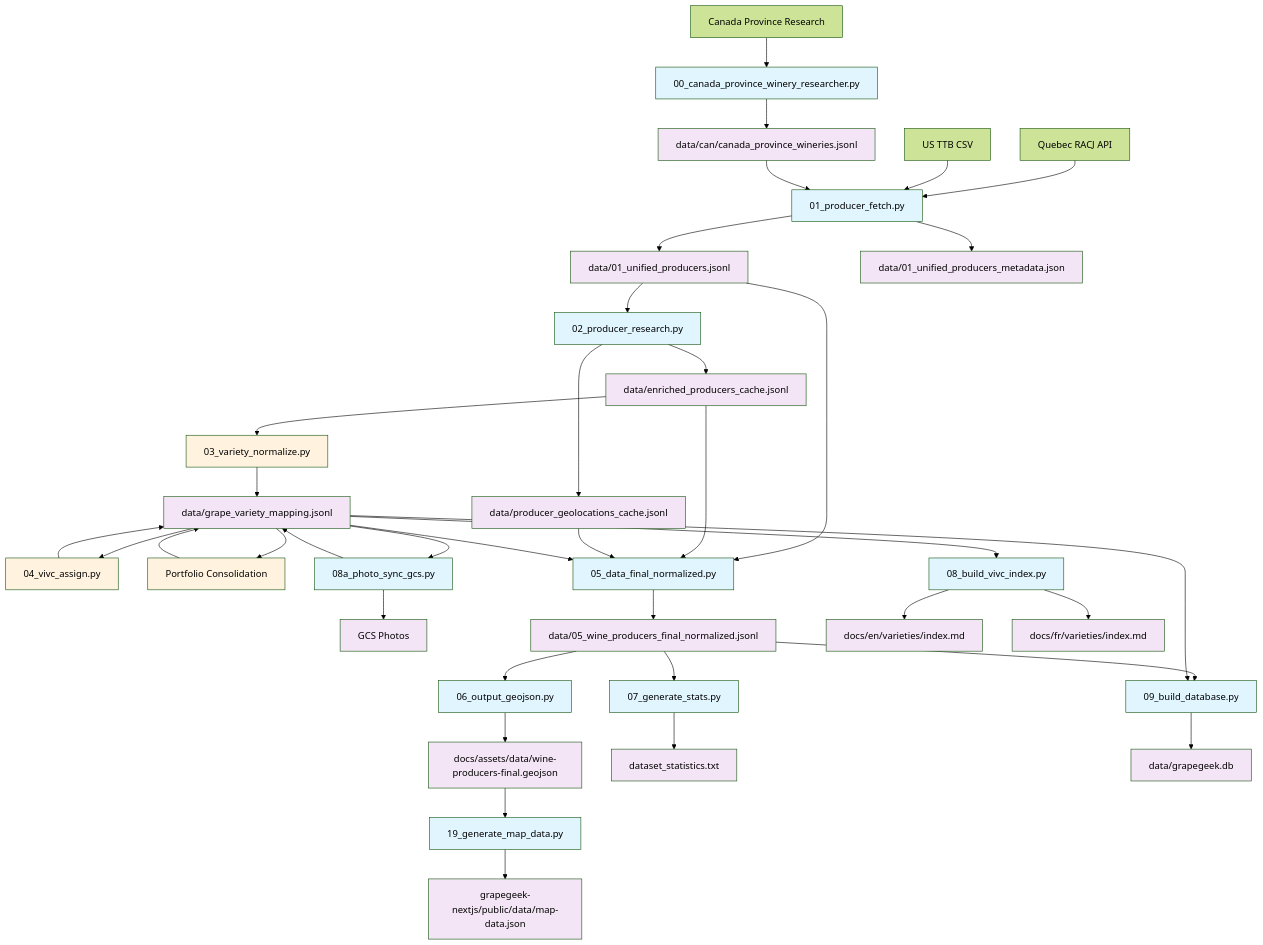
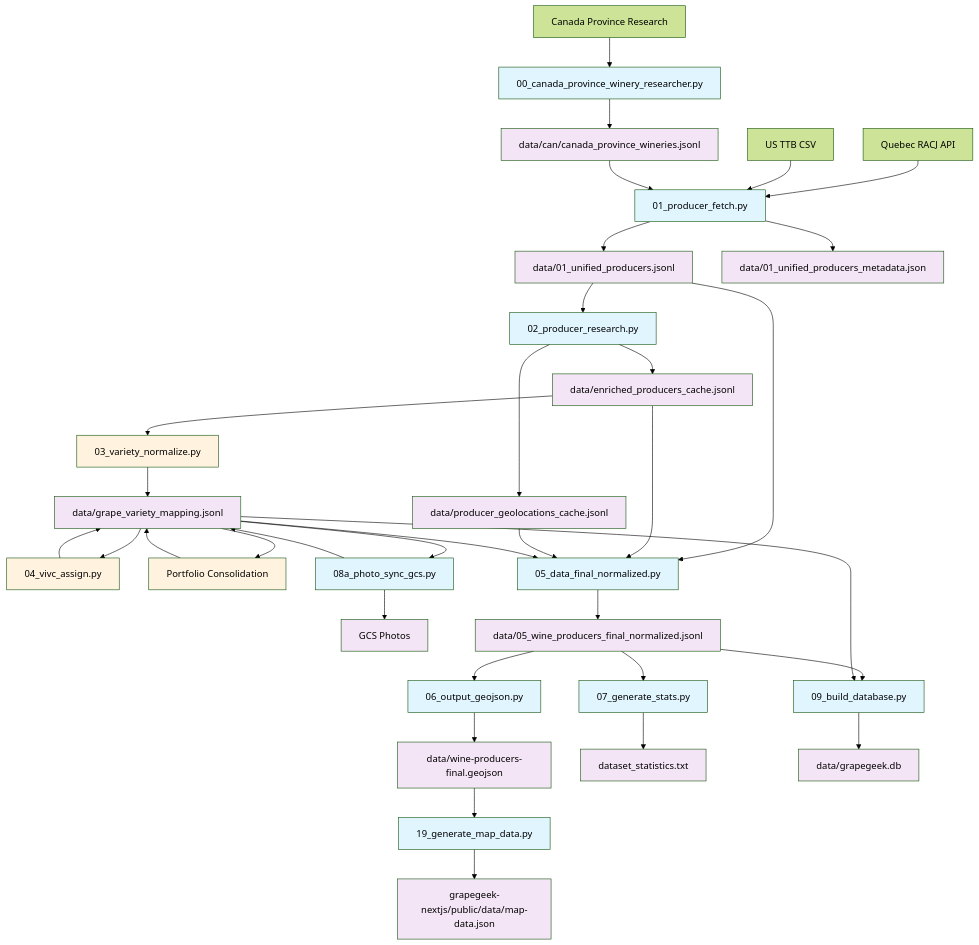
One commit to p-gag/grapegeek changed the diagram in src/README.md. Above: the diagram before and after it, drawn with Mermaid (forest theme). The commit also changed 97 other files, not shown here.

````diff
--- a/src/README.md
+++ b/src/README.md
@@ -16,72 +16,68 @@
 ```mermaid
 graph TD
     %% Data Sources
     A1[Quebec RACJ API] 
     A2[US TTB CSV]
     A3[Canada Province Research]
     
     %% Step 0: Data Collection
     A3 --> B0[00_canada_province_winery_researcher.py]
     B0 --> D1[data/can/canada_province_wineries.jsonl]
     
     %% Step 1: Unify Sources  
     A1 --> B1[01_producer_fetch.py]
     A2 --> B1
     D1 --> B1
     B1 --> D2[data/01_unified_producers.jsonl]
     B1 --> D2M[data/01_unified_producers_metadata.json]
     
     %% Step 2: Research & Enrichment
     D2 --> B2[02_producer_research.py]
     B2 --> D3A[data/enriched_producers_cache.jsonl]
     B2 --> D3B[data/producer_geolocations_cache.jsonl]
     
     %% Step 3: Variety Processing (Manual Review Needed)
     D3A --> B3[03_variety_normalize.py]
     B3 --> D4[data/grape_variety_mapping.jsonl]
     D4 --> B4[04_vivc_assign.py]
     B4 --> D4
     D4 --> B4B[Portfolio Consolidation]
     B4B --> D4
 
     %% Step 4a: Photo Sync (NEW)
     D4 --> B4C[08a_photo_sync_gcs.py]
     B4C --> D4D[GCS Photos]
     B4C --> D4
 
     %% Step 4: Final Dataset
     D2 --> B5[05_data_final_normalized.py]
     D3A --> B5
     D3B --> B5  
     D4 --> B5
     B5 --> D7[data/05_wine_producers_final_normalized.jsonl]
     
     %% Step 5: Outputs
     D7 --> B6[06_output_geojson.py]
-    B6 --> D8[docs/assets/data/wine-producers-final.geojson]
+    B6 --> D8[data/wine-producers-final.geojson]
 
     D7 --> B7[07_generate_stats.py]
     B7 --> D10[dataset_statistics.txt]
-
-    D4 --> B8[08_build_vivc_index.py]
-    B8 --> D9A[docs/en/varieties/index.md]
-    B8 --> D9B[docs/fr/varieties/index.md]
 
     %% Step 6: Database Build
     D7 --> B9[09_build_database.py]
     D4 --> B9
     B9 --> D11[data/grapegeek.db]
 
     %% Step 7: Next.js Map Data
     D8 --> B10[19_generate_map_data.py]
     B10 --> D12[grapegeek-nextjs/public/data/map-data.json]
 
     %% Styling
     classDef script fill:#e1f5fe
     classDef datafile fill:#f3e5f5
     classDef manual fill:#fff3e0
 
     class B0,B1,B2,B3,B4,B4B,B4C,B5,B6,B7,B8,B9,B10 script
-    class D1,D2,D2M,D3A,D3B,D4,D4D,D7,D8,D9A,D9B,D10,D11,D12 datafile
+    class D1,D2,D2M,D3A,D3B,D4,D4D,D7,D8,D10,D11,D12 datafile
     class B3,B4,B4B manual
 ```
````
